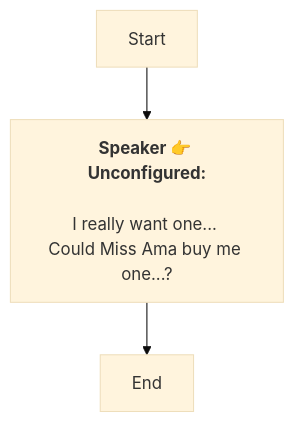
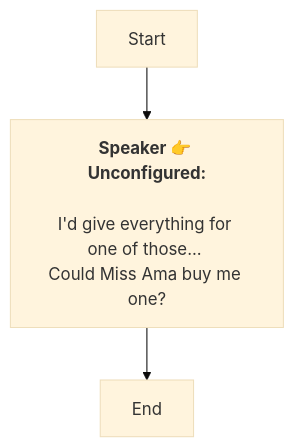
The diagram in En/Dialog_54729916767396.md (SoftHu/tos_avg), drawn with Mermaid (base theme) before and after one commit. The commit also changed 297 other files, not shown here.

````diff
--- a/En/Dialog_54729916767396.md
+++ b/En/Dialog_54729916767396.md
@@ -1,9 +1,9 @@
 ```mermaid
 graph
 Start -->1751357408080441[<b>Speaker 👉 Unconfigured:</b>
 
-I really want one... 
-Could Miss Ama buy me one...?]
+I'd give everything for one of those... 
+Could Miss Ama buy me one?]
 1751357408080441 -->1751357409769018[End]
 
  ```
````
